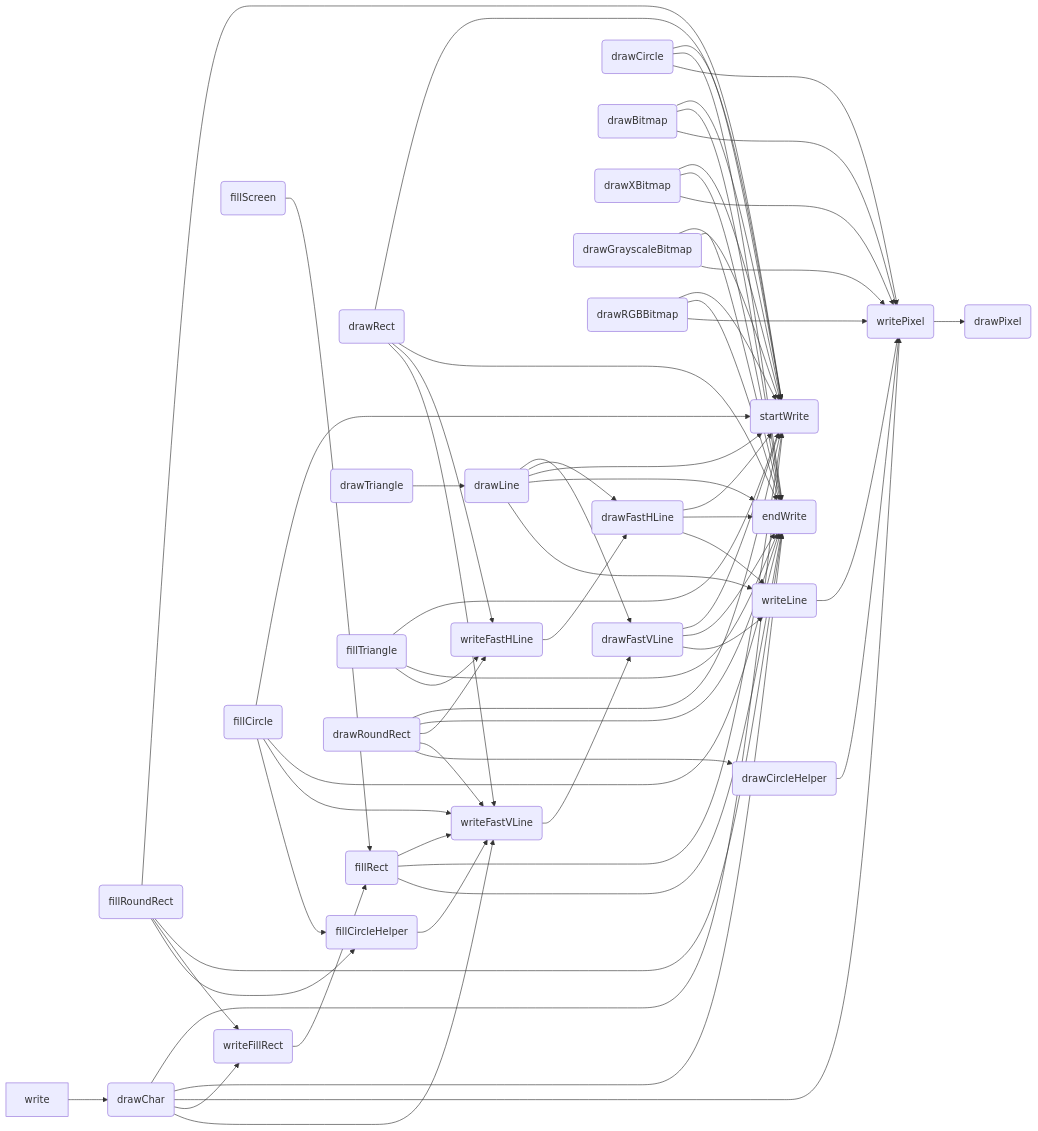
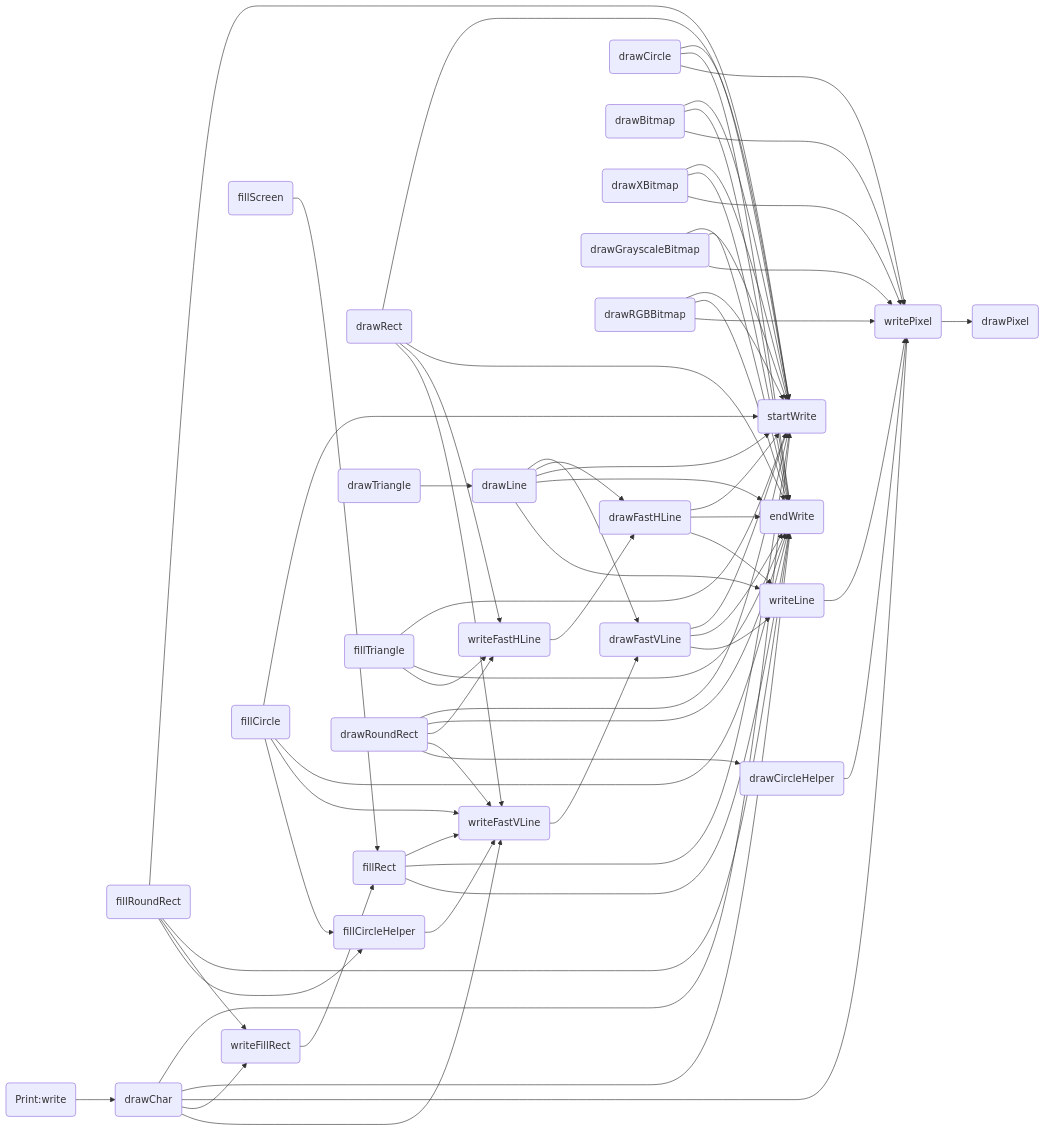
One commit to icodezhanglei/iodraw-files changed the diagram in all/未命名.md. Above: the diagram before and after it, drawn with Mermaid.

Commit message:
2024-09-13 18:43:54 update

````diff
--- a/all/未命名.md
+++ b/all/未命名.md
@@ -1,61 +1,61 @@
 ```mermaid
 flowchart LR
 
 drawPixel(drawPixel)
 startWrite(startWrite)
 endWrite(endWrite)
 writePixel(writePixel)
 writeFillRect(writeFillRect)
 writeFastVLine(writeFastVLine)
 writeFastHLine(writeFastHLine)
 writeLine(writeLine)
 drawFastVLine(drawFastVLine)
 drawFastHLine(drawFastHLine)
 fillRect(fillRect)
 fillScreen(fillScreen)
 drawLine(drawLine)
 drawRect(drawRect)
 drawCircle(drawCircle)
 drawCircleHelper(drawCircleHelper)
 fillCircle(fillCircle)
 fillCircleHelper(fillCircleHelper)
 drawTriangle(drawTriangle)
 fillTriangle(fillTriangle)
 drawRoundRect(drawRoundRect)
 fillRoundRect(fillRoundRect)
 drawBitmap(drawBitmap)
 drawXBitmap(drawXBitmap)
 drawGrayscaleBitmap(drawGrayscaleBitmap)
 drawRGBBitmap(drawRGBBitmap)
 drawChar(drawChar)
-write
+write(Print:write)
 
 
 writeLine --> writePixel --> drawPixel
 
 writeFastVLine --> drawFastVLine --> startWrite & endWrite
 drawFastVLine --> writeLine
 
 writeFastHLine --> drawFastHLine --> startWrite & endWrite
 drawFastHLine --> writeLine
 
 writeFillRect --> fillRect --> writeFastVLine & startWrite & endWrite
 
 fillScreen --> fillRect
 drawLine --> drawFastVLine & drawFastHLine & startWrite & endWrite & writeLine
 drawCircle --> startWrite & endWrite & writePixel
 drawCircleHelper --> writePixel
 fillCircle --> startWrite & endWrite & writeFastVLine & fillCircleHelper
 fillCircleHelper --> writeFastVLine
 drawRect --> startWrite & endWrite & writeFastHLine & writeFastVLine
 drawRoundRect --> startWrite & endWrite & writeFastHLine & writeFastVLine & drawCircleHelper
 fillRoundRect --> startWrite & endWrite & writeFillRect & fillCircleHelper
 drawTriangle --> drawLine
 fillTriangle --> startWrite & endWrite & writeFastHLine
 drawBitmap --> startWrite & endWrite & writePixel
 drawXBitmap --> startWrite & endWrite & writePixel
 drawGrayscaleBitmap --> startWrite & endWrite & writePixel
 drawRGBBitmap --> startWrite & endWrite & writePixel
 drawChar --> startWrite & endWrite & writePixel & writeFillRect & writeFastVLine
 write --> drawChar
 ```
````
